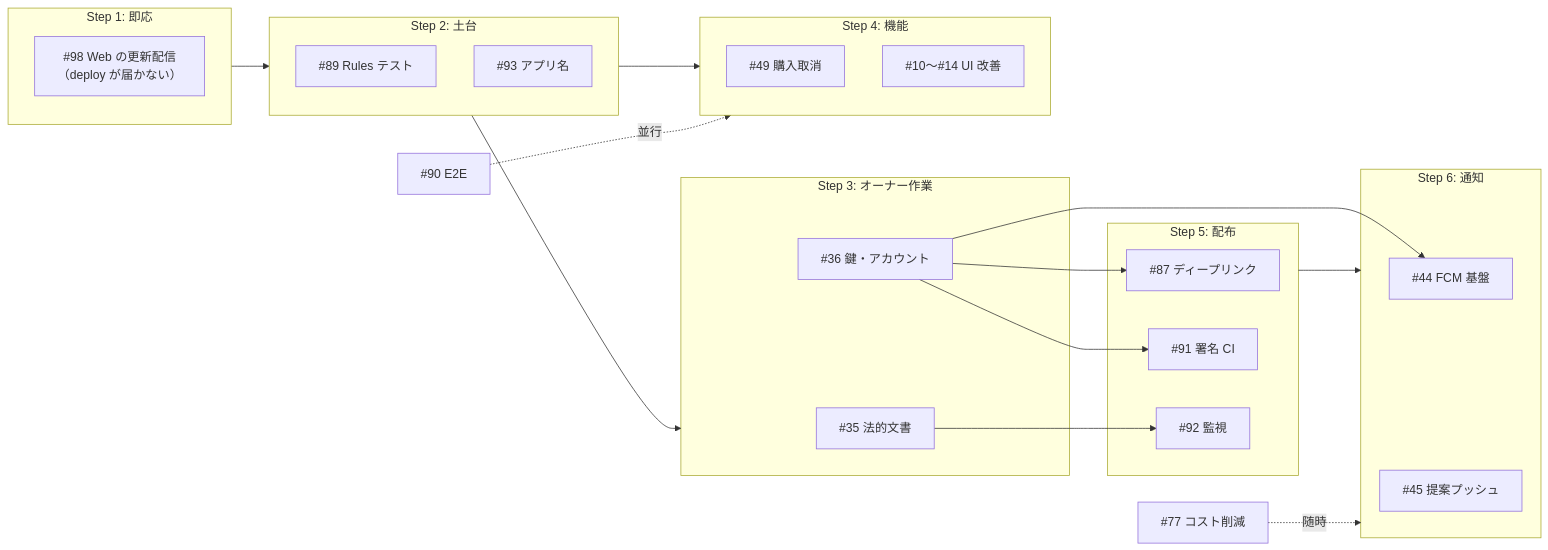
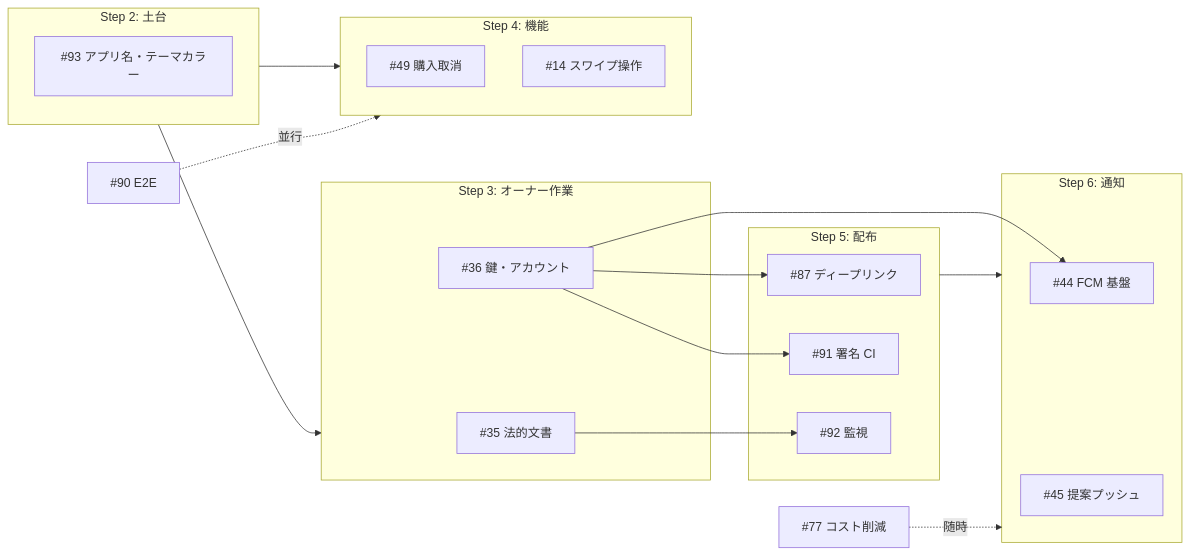
One commit to ekusy/shopping-list-app-flutter changed the diagram in docs/開発計画/実装順序.md. Above: the diagram before and after it, drawn with Mermaid. The commit also changed other lines of this file and 9 other files, not shown here.

````diff
--- a/docs/開発計画/実装順序.md
+++ b/docs/開発計画/実装順序.md
@@ -36,36 +39,32 @@
 ```mermaid
 flowchart LR
-    subgraph S1["Step 1: 即応"]
-        A98["#98 Web の更新配信<br/>（deploy が届かない）"]
-    end
     subgraph S2["Step 2: 土台"]
-        A89["#89 Rules テスト"]
-        A93a["#93 アプリ名"]
+        A93a["#93 アプリ名・テーマカラー"]
     end
     subgraph S3["Step 3: オーナー作業"]
         A35["#35 法的文書"]
         A36["#36 鍵・アカウント"]
     end
     subgraph S4["Step 4: 機能"]
         A49["#49 購入取消"]
-        A10["#10〜#14 UI 改善"]
+        A14["#14 スワイプ操作"]
     end
     subgraph S5["Step 5: 配布"]
         A87["#87 ディープリンク"]
         A91["#91 署名 CI"]
         A92["#92 監視"]
     end
     subgraph S6["Step 6: 通知"]
         A44["#44 FCM 基盤"]
         A45["#45 提案プッシュ"]
     end
-    S1 --> S2 --> S4
+    S2 --> S4
     S2 --> S3
     A35 --> A92
     A36 --> A87
     A36 --> A91
     A36 --> A44
     S5 --> S6
     A90["#90 E2E"] -.並行.-> S4
     A77["#77 コスト削減"] -.随時.-> S6
 ```
````
